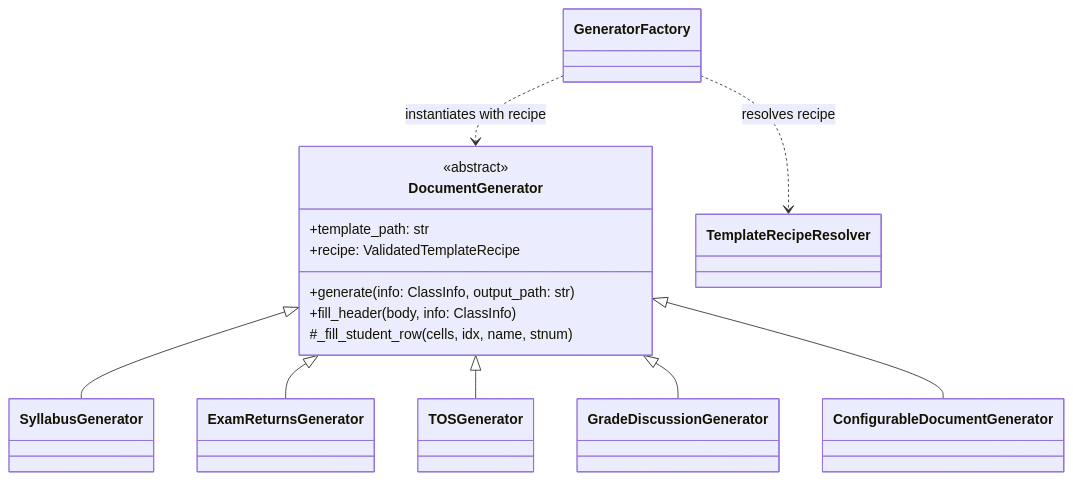
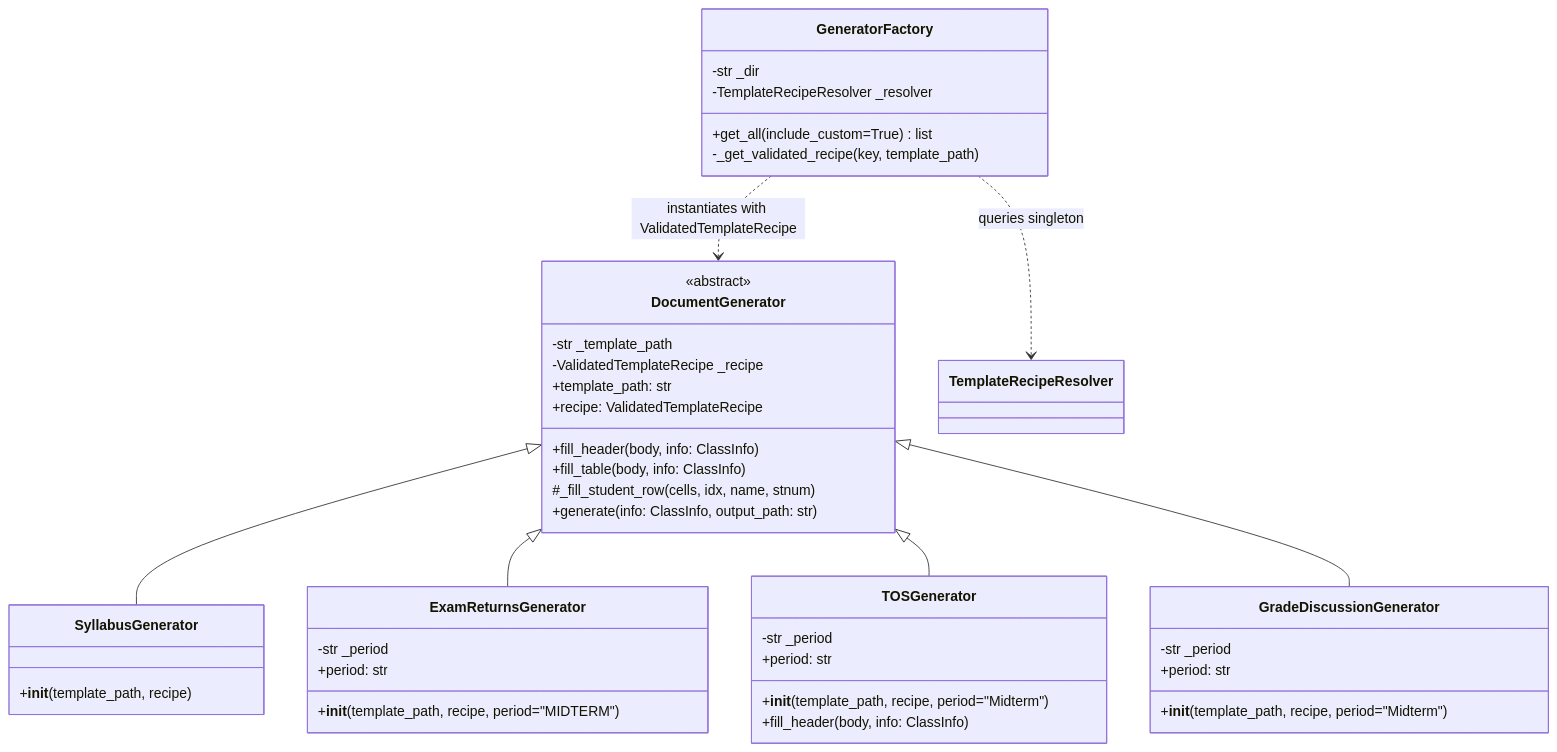
The diagram in 02 - Generators/CEIT Generator.md (DrinkBoooz/cvsu-generator_documentation), drawn with Mermaid before and after one commit. The commit also changed other lines of this file and 9 other files, not shown here.

````diff
--- a/02 - Generators/CEIT Generator.md
+++ b/02 - Generators/CEIT Generator.md
@@ -30,26 +38,51 @@
 ```mermaid
 classDiagram
     class DocumentGenerator {
         <<abstract>>
+        -str _template_path
+        -ValidatedTemplateRecipe _recipe
         +template_path: str
         +recipe: ValidatedTemplateRecipe
+        +fill_header(body, info: ClassInfo)
+        +fill_table(body, info: ClassInfo)
+        #_fill_student_row(cells, idx, name, stnum)
         +generate(info: ClassInfo, output_path: str)
-        +fill_header(body, info: ClassInfo)
-        #_fill_student_row(cells, idx, name, stnum)
     }
 
-    class SyllabusGenerator
-    class ExamReturnsGenerator
-    class TOSGenerator
-    class GradeDiscussionGenerator
-    class ConfigurableDocumentGenerator
-    class GeneratorFactory
+    class SyllabusGenerator {
+        +__init__(template_path, recipe)
+    }
+
+    class ExamReturnsGenerator {
+        -str _period
+        +period: str
+        +__init__(template_path, recipe, period="MIDTERM")
+    }
+
+    class TOSGenerator {
+        -str _period
+        +period: str
+        +__init__(template_path, recipe, period="Midterm")
+        +fill_header(body, info: ClassInfo)
+    }
+
+    class GradeDiscussionGenerator {
+        -str _period
+        +period: str
+        +__init__(template_path, recipe, period="Midterm")
+    }
+
+    class GeneratorFactory {
+        -str _dir
+        -TemplateRecipeResolver _resolver
+        +get_all(include_custom=True) list
+        -_get_validated_recipe(key, template_path)
+    }
 
     DocumentGenerator <|-- SyllabusGenerator
     DocumentGenerator <|-- ExamReturnsGenerator
     DocumentGenerator <|-- TOSGenerator
     DocumentGenerator <|-- GradeDiscussionGenerator
-    DocumentGenerator <|-- ConfigurableDocumentGenerator
-    GeneratorFactory ..> TemplateRecipeResolver : resolves recipe
-    GeneratorFactory ..> DocumentGenerator : instantiates with recipe
+    GeneratorFactory ..> TemplateRecipeResolver : queries singleton
+    GeneratorFactory ..> DocumentGenerator : instantiates with ValidatedTemplateRecipe
 ```
````
